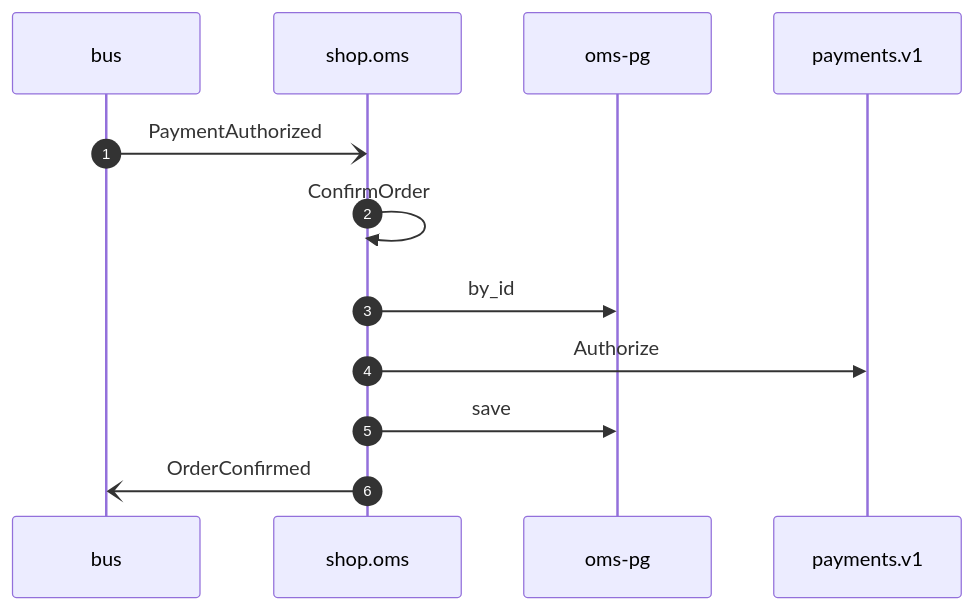
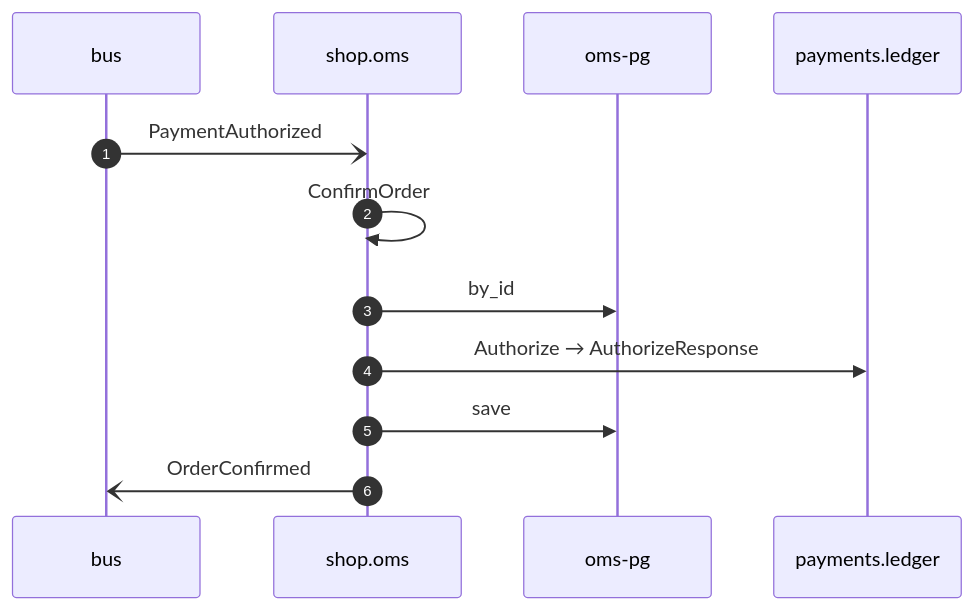
One commit to shortlink-org/portolan changed the diagram in docs/flows/oms-confirm-order-on-payment-authorized.md. Above: the diagram before and after it, drawn with Mermaid. The commit also changed other lines of this file and 145 other files, not shown here.

````diff
--- a/docs/flows/oms-confirm-order-on-payment-authorized.md
+++ b/docs/flows/oms-confirm-order-on-payment-authorized.md
@@ -22,14 +22,14 @@
 ```mermaid
 sequenceDiagram
     autonumber
     participant p0 as bus
     participant p1 as shop.oms
     participant p2 as oms-pg
-    participant p3 as payments.v1
+    participant p3 as payments.ledger
     p0-)p1: PaymentAuthorized
     p1->>p1: ConfirmOrder
     p1->>p2: by_id
-    p1->>p3: Authorize
+    p1->>p3: Authorize → AuthorizeResponse
     p1->>p2: save
     p1-)p0: OrderConfirmed
 ```
````
